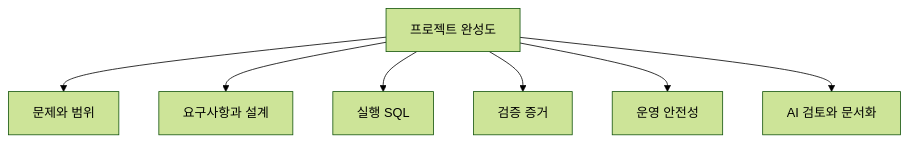
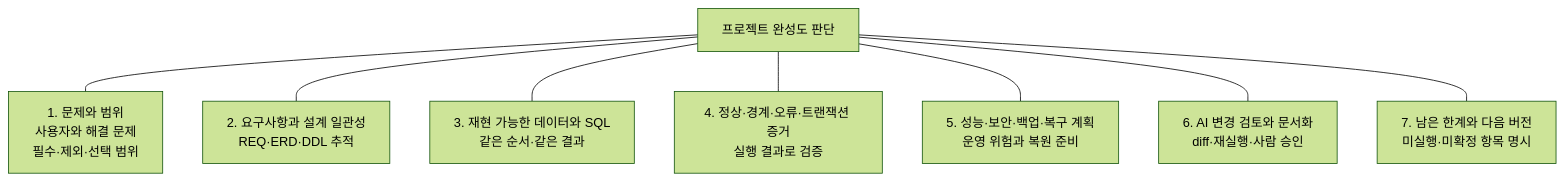
One commit to GilbertMoon/ai-database-book changed the diagram in images/chapter15/ch15_06_completion_dimensions.mmd. Above: the diagram before and after it, drawn with Mermaid (forest theme).

Commit message:
docs: sync chapter 15 completion dimensions mermaid

```diff
--- a/images/chapter15/ch15_06_completion_dimensions.mmd
+++ b/images/chapter15/ch15_06_completion_dimensions.mmd
@@ -1,7 +1,10 @@
 flowchart TB
-A[프로젝트 완성도] --> B[문제와 범위]
-A --> C[요구사항과 설계]
-A --> D[실행 SQL]
-A --> E[검증 증거]
-A --> F[운영 안전성]
-A --> G[AI 검토와 문서화]
+    A[프로젝트 완성도 판단]
+
+    A --- B[1. 문제와 범위<br/>사용자와 해결 문제<br/>필수·제외·선택 범위]
+    A --- C[2. 요구사항과 설계 일관성<br/>REQ·ERD·DDL 추적]
+    A --- D[3. 재현 가능한 데이터와 SQL<br/>같은 순서·같은 결과]
+    A --- E[4. 정상·경계·오류·트랜잭션 증거<br/>실행 결과로 검증]
+    A --- F[5. 성능·보안·백업·복구 계획<br/>운영 위험과 복원 준비]
+    A --- G[6. AI 변경 검토와 문서화<br/>diff·재실행·사람 승인]
+    A --- H[7. 남은 한계와 다음 버전<br/>미실행·미확정 항목 명시]
```
